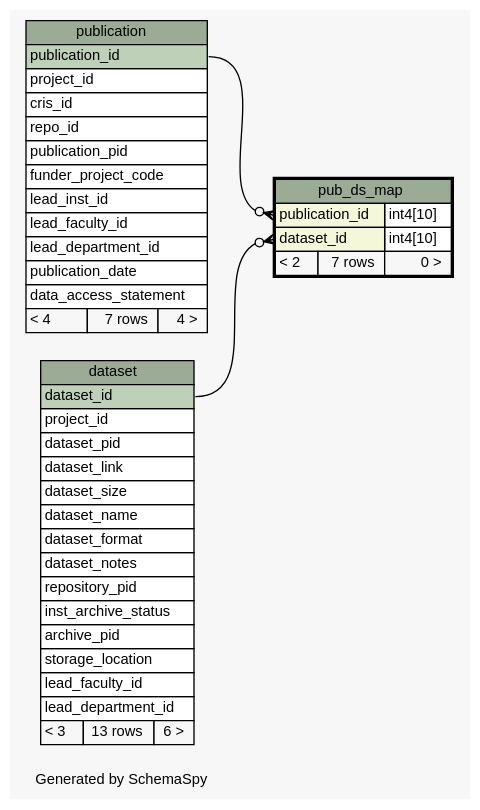
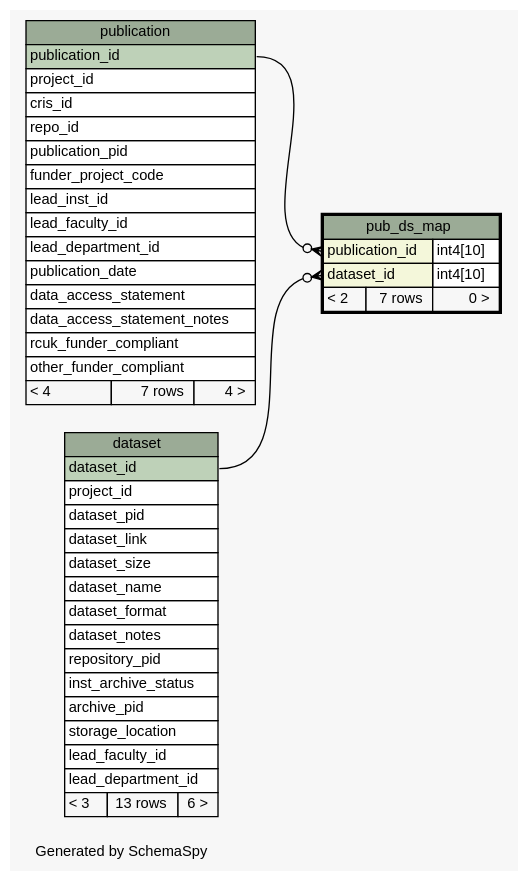
One commit to lulibrary/dmao_infrastructure changed the diagram in ss.out/diagrams/pub_ds_map.1degree.dot. Above: the diagram before and after it, drawn with Graphviz. The commit also changed 121 other files, not shown here.

```diff
--- a/ss.out/diagrams/pub_ds_map.1degree.dot
+++ b/ss.out/diagrams/pub_ds_map.1degree.dot
@@ -1,78 +1,81 @@
-// dot 2.36.0 on Linux 3.13.0-55-generic
+// dot 2.36.0 on Linux 3.13.0-62-generic
 // SchemaSpy rev 590
 digraph "oneDegreeRelationshipsDiagram" {
   graph [
     rankdir="RL"
     bgcolor="#f7f7f7"
     label="\nGenerated by SchemaSpy"
     labeljust="l"
     nodesep="0.18"
     ranksep="0.46"
     fontname="Helvetica"
     fontsize="11"
   ];
   node [
     fontname="Helvetica"
     fontsize="11"
     shape="plaintext"
   ];
   edge [
     arrowsize="0.8"
   ];
   "pub_ds_map":"dataset_id":w -> "dataset":"dataset_id":e [arrowhead=none dir=back arrowtail=crowodot];
   "pub_ds_map":"publication_id":w -> "publication":"publication_id":e [arrowhead=none dir=back arrowtail=crowodot];
   "dataset" [
     label=<
     <TABLE BORDER="0" CELLBORDER="1" CELLSPACING="0" BGCOLOR="#ffffff">
       <TR><TD COLSPAN="3" BGCOLOR="#9bab96" ALIGN="CENTER">dataset</TD></TR>
       <TR><TD PORT="dataset_id" COLSPAN="3" BGCOLOR="#bed1b8" ALIGN="LEFT">dataset_id</TD></TR>
       <TR><TD PORT="project_id" COLSPAN="3" ALIGN="LEFT">project_id</TD></TR>
       <TR><TD PORT="dataset_pid" COLSPAN="3" ALIGN="LEFT">dataset_pid</TD></TR>
       <TR><TD PORT="dataset_link" COLSPAN="3" ALIGN="LEFT">dataset_link</TD></TR>
       <TR><TD PORT="dataset_size" COLSPAN="3" ALIGN="LEFT">dataset_size</TD></TR>
       <TR><TD PORT="dataset_name" COLSPAN="3" ALIGN="LEFT">dataset_name</TD></TR>
       <TR><TD PORT="dataset_format" COLSPAN="3" ALIGN="LEFT">dataset_format</TD></TR>
       <TR><TD PORT="dataset_notes" COLSPAN="3" ALIGN="LEFT">dataset_notes</TD></TR>
       <TR><TD PORT="repository_pid" COLSPAN="3" ALIGN="LEFT">repository_pid</TD></TR>
       <TR><TD PORT="inst_archive_status" COLSPAN="3" ALIGN="LEFT">inst_archive_status</TD></TR>
       <TR><TD PORT="archive_pid" COLSPAN="3" ALIGN="LEFT">archive_pid</TD></TR>
       <TR><TD PORT="storage_location" COLSPAN="3" ALIGN="LEFT">storage_location</TD></TR>
       <TR><TD PORT="lead_faculty_id" COLSPAN="3" ALIGN="LEFT">lead_faculty_id</TD></TR>
       <TR><TD PORT="lead_department_id" COLSPAN="3" ALIGN="LEFT">lead_department_id</TD></TR>
       <TR><TD ALIGN="LEFT" BGCOLOR="#f7f7f7">&lt; 3</TD><TD ALIGN="RIGHT" BGCOLOR="#f7f7f7">13 rows</TD><TD ALIGN="RIGHT" BGCOLOR="#f7f7f7">6 &gt;</TD></TR>
     </TABLE>>
     URL="dataset.html"
     tooltip="dataset"
   ];
   "pub_ds_map" [
     label=<
     <TABLE BORDER="2" CELLBORDER="1" CELLSPACING="0" BGCOLOR="#ffffff">
       <TR><TD COLSPAN="3" BGCOLOR="#9bab96" ALIGN="CENTER">pub_ds_map</TD></TR>
       <TR><TD PORT="publication_id" COLSPAN="2" BGCOLOR="#f4f7da" ALIGN="LEFT">publication_id</TD><TD PORT="publication_id.type" ALIGN="LEFT">int4[10]</TD></TR>
       <TR><TD PORT="dataset_id" COLSPAN="2" BGCOLOR="#f4f7da" ALIGN="LEFT">dataset_id</TD><TD PORT="dataset_id.type" ALIGN="LEFT">int4[10]</TD></TR>
       <TR><TD ALIGN="LEFT" BGCOLOR="#f7f7f7">&lt; 2</TD><TD ALIGN="RIGHT" BGCOLOR="#f7f7f7">7 rows</TD><TD ALIGN="RIGHT" BGCOLOR="#f7f7f7">0 &gt;</TD></TR>
     </TABLE>>
     URL="pub_ds_map.html"
     tooltip="pub_ds_map"
   ];
   "publication" [
     label=<
     <TABLE BORDER="0" CELLBORDER="1" CELLSPACING="0" BGCOLOR="#ffffff">
       <TR><TD COLSPAN="3" BGCOLOR="#9bab96" ALIGN="CENTER">publication</TD></TR>
       <TR><TD PORT="publication_id" COLSPAN="3" BGCOLOR="#bed1b8" ALIGN="LEFT">publication_id</TD></TR>
       <TR><TD PORT="project_id" COLSPAN="3" ALIGN="LEFT">project_id</TD></TR>
       <TR><TD PORT="cris_id" COLSPAN="3" ALIGN="LEFT">cris_id</TD></TR>
       <TR><TD PORT="repo_id" COLSPAN="3" ALIGN="LEFT">repo_id</TD></TR>
       <TR><TD PORT="publication_pid" COLSPAN="3" ALIGN="LEFT">publication_pid</TD></TR>
       <TR><TD PORT="funder_project_code" COLSPAN="3" ALIGN="LEFT">funder_project_code</TD></TR>
       <TR><TD PORT="lead_inst_id" COLSPAN="3" ALIGN="LEFT">lead_inst_id</TD></TR>
       <TR><TD PORT="lead_faculty_id" COLSPAN="3" ALIGN="LEFT">lead_faculty_id</TD></TR>
       <TR><TD PORT="lead_department_id" COLSPAN="3" ALIGN="LEFT">lead_department_id</TD></TR>
       <TR><TD PORT="publication_date" COLSPAN="3" ALIGN="LEFT">publication_date</TD></TR>
       <TR><TD PORT="data_access_statement" COLSPAN="3" ALIGN="LEFT">data_access_statement</TD></TR>
+      <TR><TD PORT="data_access_statement_notes" COLSPAN="3" ALIGN="LEFT">data_access_statement_notes</TD></TR>
+      <TR><TD PORT="rcuk_funder_compliant" COLSPAN="3" ALIGN="LEFT">rcuk_funder_compliant</TD></TR>
+      <TR><TD PORT="other_funder_compliant" COLSPAN="3" ALIGN="LEFT">other_funder_compliant</TD></TR>
       <TR><TD ALIGN="LEFT" BGCOLOR="#f7f7f7">&lt; 4</TD><TD ALIGN="RIGHT" BGCOLOR="#f7f7f7">7 rows</TD><TD ALIGN="RIGHT" BGCOLOR="#f7f7f7">4 &gt;</TD></TR>
     </TABLE>>
     URL="publication.html"
     tooltip="publication"
   ];
 }
```
